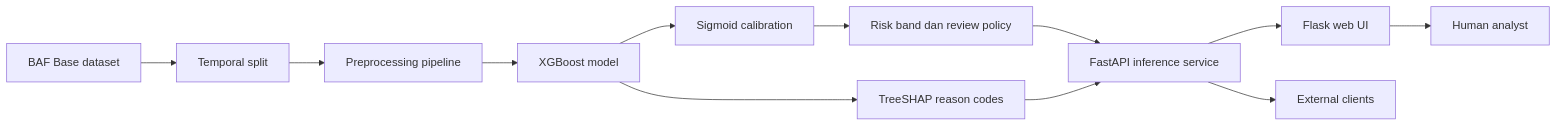
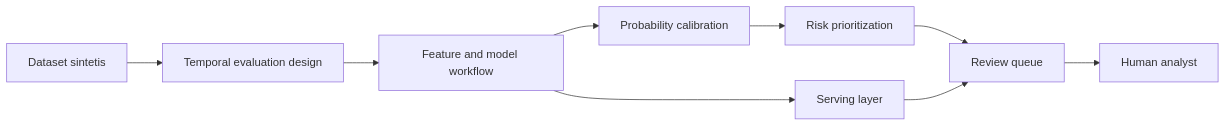
One commit to SYFDNNN/FraudShield-Showcase changed the diagram in README.md. Above: the diagram before and after it, drawn with Mermaid. The commit also changed other lines of this file and 95 other files, not shown here.

````diff
--- a/README.md
+++ b/README.md
@@ -101,14 +44,11 @@
 ```mermaid
 flowchart LR
-    A[BAF Base dataset] --> B[Temporal split]
-    B --> C[Preprocessing pipeline]
-    C --> D[XGBoost model]
-    D --> E[Sigmoid calibration]
-    E --> F[Risk band dan review policy]
-    D --> G[TreeSHAP reason codes]
-    F --> H[FastAPI inference service]
-    G --> H
-    H --> I[Flask web UI]
-    H --> J[External clients]
-    I --> K[Human analyst]
+    A[Dataset sintetis] --> B[Temporal evaluation design]
+    B --> C[Feature and model workflow]
+    C --> D[Probability calibration]
+    D --> E[Risk prioritization]
+    E --> F[Review queue]
+    F --> G[Human analyst]
+    C --> H[Serving layer]
+    H --> F
 ```
````
